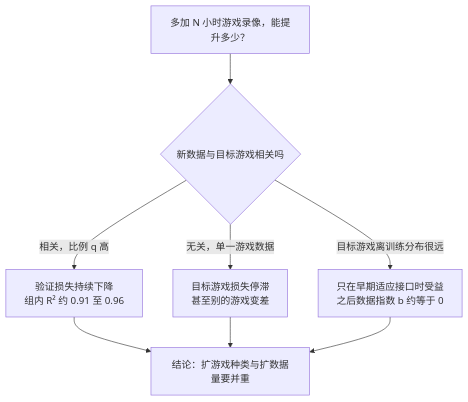
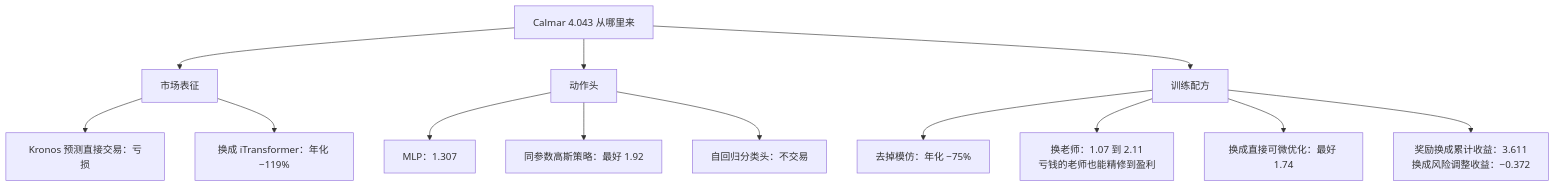
The fifth of 5 diagrams in docs/index.md (yingwang/paper-reads), drawn with Mermaid before and after one commit. The commit also changed other lines of this file and 2 other files, not shown here.

First line of the commit message:
Add 2026-11-17-allocflow-end-to-end-portfolio-flow-matching

````diff
--- a/docs/index.md
+++ b/docs/index.md
@@ -280,10 +306,15 @@
 ```mermaid
 graph TD
-    Q["多加 N 小时游戏录像，能提升多少？"] --> A{"新数据与目标游戏相关吗"}
-    A -->|"相关，比例 q 高"| B["验证损失持续下降<br/>组内 R² 约 0.91 至 0.96"]
-    A -->|"无关，单一游戏数据"| C["目标游戏损失停滞<br/>甚至别的游戏变差"]
-    A -->|"目标游戏离训练分布很远"| D["只在早期适应接口时受益<br/>之后数据指数 b 约等于 0"]
-    B --> E["结论：扩游戏种类与扩数据量要并重"]
-    C --> E
-    D --> E
+    Q["Calmar 4.043 从哪里来"] --> E["市场表征"]
+    Q --> A["动作头"]
+    Q --> T["训练配方"]
+    E --> E1["Kronos 预测直接交易：亏损"]
+    E --> E2["换成 iTransformer：年化 −119%"]
+    A --> A1["MLP：1.307"]
+    A --> A2["同参数高斯策略：最好 1.92"]
+    A --> A3["自回归分类头：不交易"]
+    T --> T1["去掉模仿：年化 −75%"]
+    T --> T2["换老师：1.07 到 2.11<br/>亏钱的老师也能精修到盈利"]
+    T --> T3["换成直接可微优化：最好 1.74"]
+    T --> T4["奖励换成累计收益：3.611<br/>换成风险调整收益：−0.372"]
 ```
````
